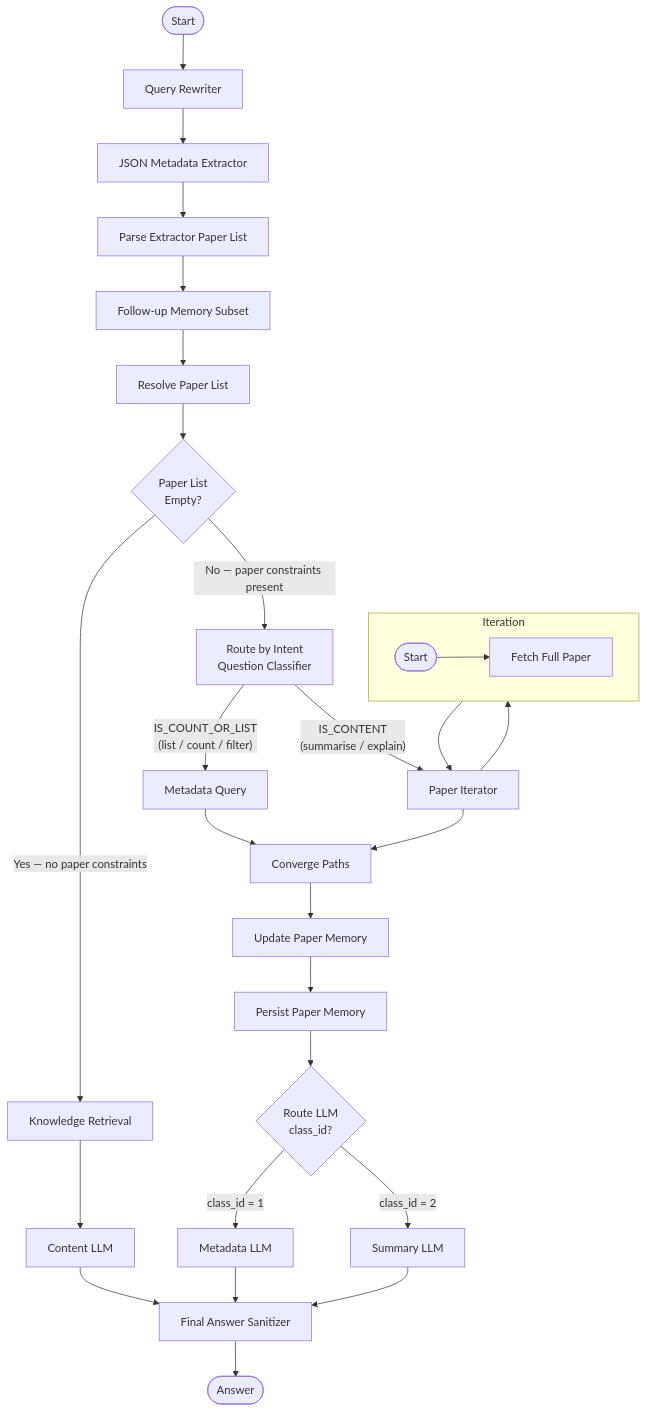
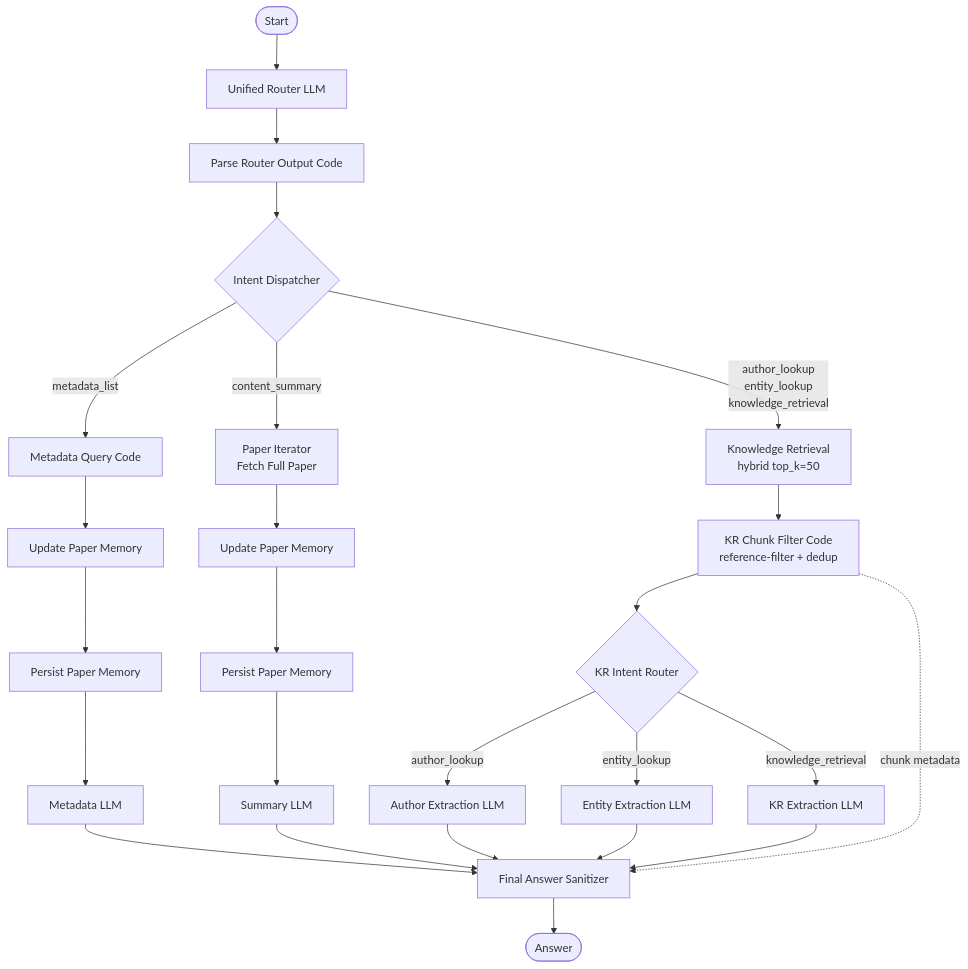
The diagram in README.md (dieterich-lab/RmapDifyChatbot), drawn with Mermaid before and after one commit. The commit also changed other lines of this file, not shown here.

````diff
--- a/README.md
+++ b/README.md
@@ -45,39 +48,33 @@
 ```mermaid
 flowchart TD
-    Start([Start]) --> QR[Query Rewriter]
-    QR --> JME[JSON Metadata Extractor]
-    JME --> PEP[Parse Extractor Paper List]
-    PEP --> FMS[Follow-up Memory Subset]
-    FMS --> RPL[Resolve Paper List]
-    RPL --> IF1{Paper List\nEmpty?}
+    Start([Start]) --> UR[Unified Router LLM]
+    UR --> PRO[Parse Router Output Code]
+    PRO --> ID{Intent Dispatcher}
 
-    IF1 -->|"Yes — no paper constraints"| KR[Knowledge Retrieval]
-    KR --> CLLM[Content LLM]
-    CLLM --> SAN[Final Answer Sanitizer]
+    ID -->|metadata_list| MQ[Metadata Query Code]
+    ID -->|content_summary| IT["Paper Iterator\nFetch Full Paper"]
+    ID -->|author_lookup<br/>entity_lookup<br/>knowledge_retrieval| KR[Knowledge Retrieval\nhybrid top_k=50]
 
-    IF1 -->|"No — paper constraints present"| RBI[Route by Intent\nQuestion Classifier]
+    MQ --> UPM1[Update Paper Memory]
+    IT --> UPM2[Update Paper Memory]
+    UPM1 --> PPM1[Persist Paper Memory]
+    UPM2 --> PPM2[Persist Paper Memory]
+    PPM1 --> MLLM[Metadata LLM]
+    PPM2 --> SLLM[Summary LLM]
 
-    RBI -->|"IS_COUNT_OR_LIST\n(list / count / filter)"| MQ[Metadata Query]
-    RBI -->|"IS_CONTENT\n(summarise / explain)"| IT["Paper Iterator"]
+    KR --> KRF[KR Chunk Filter Code\nreference-filter + dedup]
+    KRF --> KIR{KR Intent Router}
 
-    subgraph iter ["Iteration"]
-        ITS([Start]) --> FF[Fetch Full Paper]
-    end
+    KIR -->|author_lookup| AEL[Author Extraction LLM]
+    KIR -->|entity_lookup| EEL[Entity Extraction LLM]
+    KIR -->|knowledge_retrieval| KEL[KR Extraction LLM]
 
-    IT --> iter
-    iter --> IT
+    MLLM --> SAN[Final Answer Sanitizer]
+    SLLM --> SAN
+    AEL --> SAN
+    EEL --> SAN
+    KEL --> SAN
+    KRF -.->|chunk metadata| SAN
 
-    MQ --> CP[Converge Paths]
-    IT --> CP
-
-    CP --> UPM[Update Paper Memory]
-    UPM --> PPM[Persist Paper Memory]
-    PPM --> IF2{Route LLM\nclass_id?}
-
-    IF2 -->|"class_id = 1"| MLLM[Metadata LLM]
-    IF2 -->|"class_id = 2"| SLLM[Summary LLM]
-
-    MLLM --> SAN
-    SLLM --> SAN
     SAN --> ANS([Answer])
 ```
````
